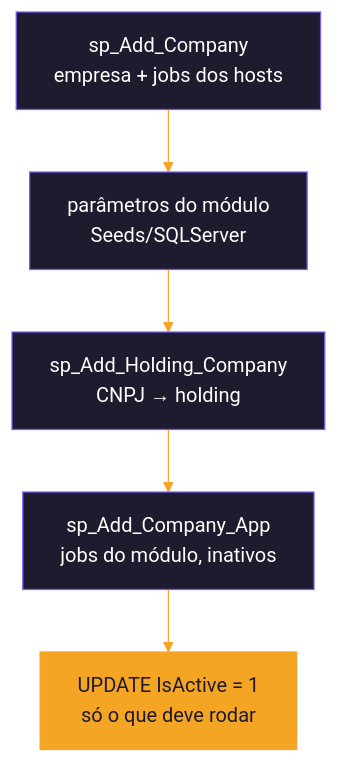
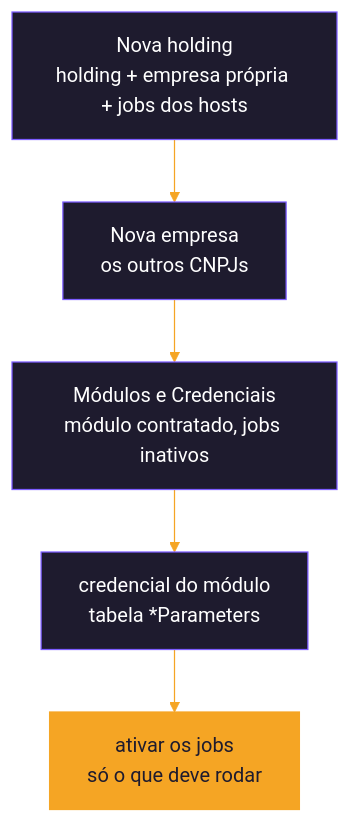
The second of 2 diagrams in GUIA-DE-USO.md (cayo-kume/extract-transform-load-integrations-system), drawn with Mermaid before and after one commit. The commit also changed other lines of this file and 121 other files, not shown here.

````diff
--- a/GUIA-DE-USO.md
+++ b/GUIA-DE-USO.md
@@ -161,11 +173,11 @@
 ```mermaid
 %%{init: {'theme':'base','themeVariables':{'primaryColor':'#1e1b2e','primaryTextColor':'#ffffff','primaryBorderColor':'#7c5cff','lineColor':'#f5a524','textColor':'#1e1b2e','clusterBkg':'#f5f3ff','clusterBorder':'#7c5cff','titleColor':'#1e1b2e','edgeLabelBackground':'#1e1b2e'}}}%%
 flowchart TB
-    A["sp_Add_Company<br/>empresa + jobs dos hosts"] --> B["parâmetros do módulo<br/>Seeds/SQLServer"]
-    B --> C["sp_Add_Holding_Company<br/>CNPJ → holding"]
-    C --> D["sp_Add_Company_App<br/>jobs do módulo, inativos"]
-    D --> E["UPDATE IsActive = 1<br/>só o que deve rodar"]
+    A["Nova holding<br/>holding + empresa própria + jobs dos hosts"] --> B["Nova empresa<br/>os outros CNPJs"]
+    B --> C["Módulos e Credenciais<br/>módulo contratado, jobs inativos"]
+    C --> D["credencial do módulo<br/>tabela *Parameters"]
+    D --> E["ativar os jobs<br/>só o que deve rodar"]
 
     classDef warm fill:#f5a524,stroke:#f5a524,color:#1e1b2e
     class E warm
 ```
````
